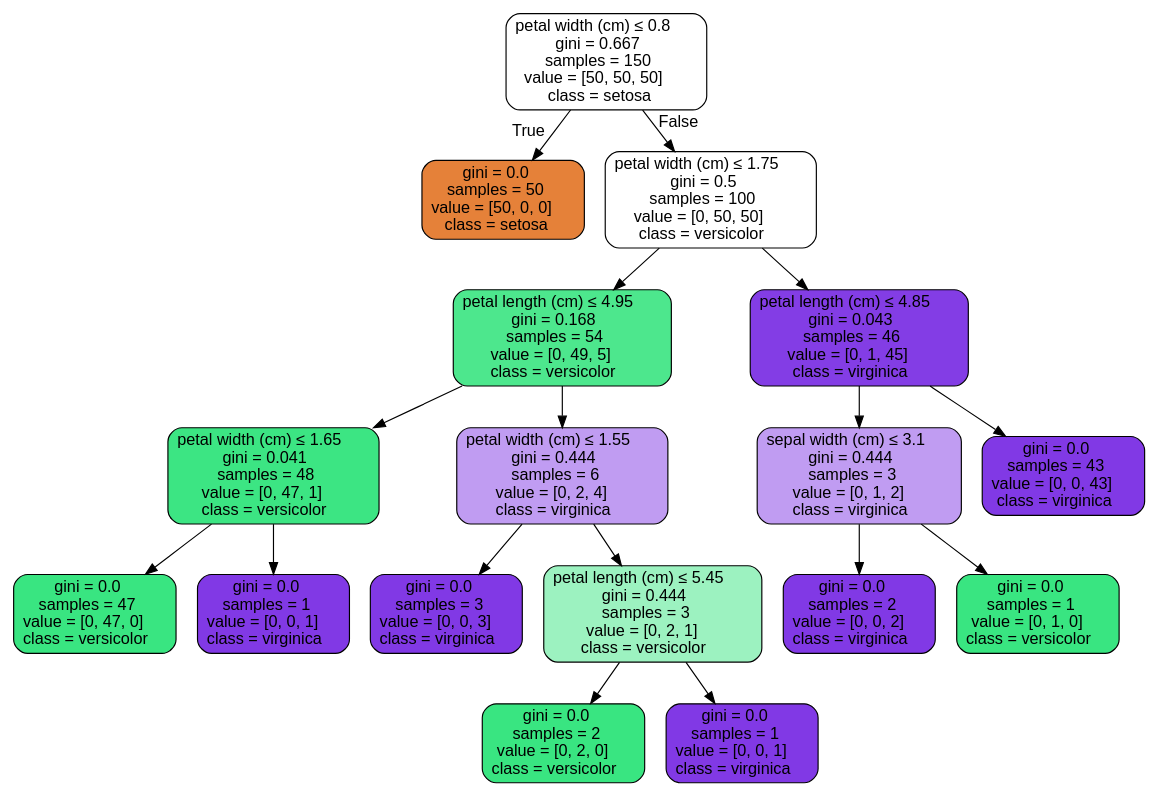
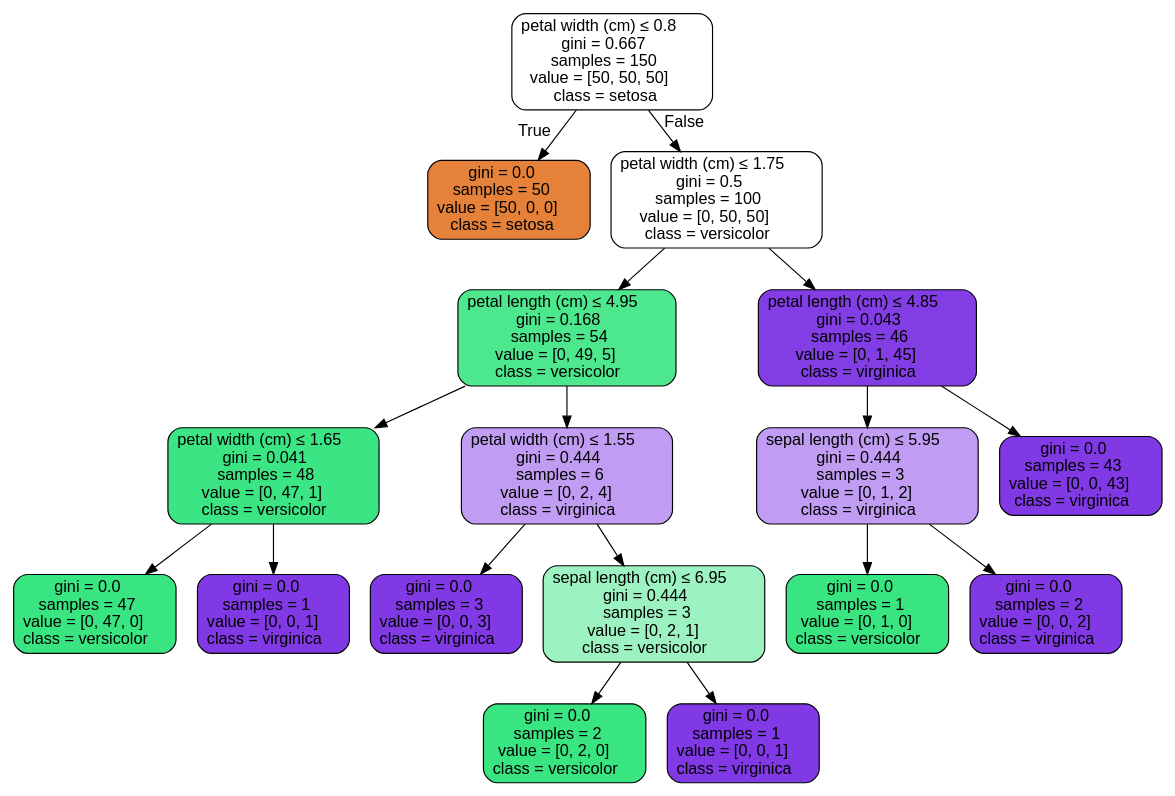
Before and after one commit to HishamLY/tucilAI: the diagram in Source.gv, drawn with Graphviz. The commit also changed 3 other files, not shown here.

```diff
--- a/Source.gv
+++ b/Source.gv
@@ -1,37 +1,37 @@
 digraph Tree {
 node [shape=box, style="filled, rounded", color="black", fontname=helvetica] ;
 edge [fontname=helvetica] ;
 0 [label=<petal width (cm) &le; 0.8<br/>gini = 0.667<br/>samples = 150<br/>value = [50, 50, 50]<br/>class = setosa>, fillcolor="#e5813900"] ;
 1 [label=<gini = 0.0<br/>samples = 50<br/>value = [50, 0, 0]<br/>class = setosa>, fillcolor="#e58139ff"] ;
 0 -> 1 [labeldistance=2.5, labelangle=45, headlabel="True"] ;
 2 [label=<petal width (cm) &le; 1.75<br/>gini = 0.5<br/>samples = 100<br/>value = [0, 50, 50]<br/>class = versicolor>, fillcolor="#39e58100"] ;
 0 -> 2 [labeldistance=2.5, labelangle=-45, headlabel="False"] ;
 3 [label=<petal length (cm) &le; 4.95<br/>gini = 0.168<br/>samples = 54<br/>value = [0, 49, 5]<br/>class = versicolor>, fillcolor="#39e581e5"] ;
 2 -> 3 ;
 4 [label=<petal width (cm) &le; 1.65<br/>gini = 0.041<br/>samples = 48<br/>value = [0, 47, 1]<br/>class = versicolor>, fillcolor="#39e581fa"] ;
 3 -> 4 ;
 5 [label=<gini = 0.0<br/>samples = 47<br/>value = [0, 47, 0]<br/>class = versicolor>, fillcolor="#39e581ff"] ;
 4 -> 5 ;
 6 [label=<gini = 0.0<br/>samples = 1<br/>value = [0, 0, 1]<br/>class = virginica>, fillcolor="#8139e5ff"] ;
 4 -> 6 ;
 7 [label=<petal width (cm) &le; 1.55<br/>gini = 0.444<br/>samples = 6<br/>value = [0, 2, 4]<br/>class = virginica>, fillcolor="#8139e57f"] ;
 3 -> 7 ;
 8 [label=<gini = 0.0<br/>samples = 3<br/>value = [0, 0, 3]<br/>class = virginica>, fillcolor="#8139e5ff"] ;
 7 -> 8 ;
-9 [label=<petal length (cm) &le; 5.45<br/>gini = 0.444<br/>samples = 3<br/>value = [0, 2, 1]<br/>class = versicolor>, fillcolor="#39e5817f"] ;
+9 [label=<sepal length (cm) &le; 6.95<br/>gini = 0.444<br/>samples = 3<br/>value = [0, 2, 1]<br/>class = versicolor>, fillcolor="#39e5817f"] ;
 7 -> 9 ;
 10 [label=<gini = 0.0<br/>samples = 2<br/>value = [0, 2, 0]<br/>class = versicolor>, fillcolor="#39e581ff"] ;
 9 -> 10 ;
 11 [label=<gini = 0.0<br/>samples = 1<br/>value = [0, 0, 1]<br/>class = virginica>, fillcolor="#8139e5ff"] ;
 9 -> 11 ;
 12 [label=<petal length (cm) &le; 4.85<br/>gini = 0.043<br/>samples = 46<br/>value = [0, 1, 45]<br/>class = virginica>, fillcolor="#8139e5f9"] ;
 2 -> 12 ;
-13 [label=<sepal width (cm) &le; 3.1<br/>gini = 0.444<br/>samples = 3<br/>value = [0, 1, 2]<br/>class = virginica>, fillcolor="#8139e57f"] ;
+13 [label=<sepal length (cm) &le; 5.95<br/>gini = 0.444<br/>samples = 3<br/>value = [0, 1, 2]<br/>class = virginica>, fillcolor="#8139e57f"] ;
 12 -> 13 ;
-14 [label=<gini = 0.0<br/>samples = 2<br/>value = [0, 0, 2]<br/>class = virginica>, fillcolor="#8139e5ff"] ;
+14 [label=<gini = 0.0<br/>samples = 1<br/>value = [0, 1, 0]<br/>class = versicolor>, fillcolor="#39e581ff"] ;
 13 -> 14 ;
-15 [label=<gini = 0.0<br/>samples = 1<br/>value = [0, 1, 0]<br/>class = versicolor>, fillcolor="#39e581ff"] ;
+15 [label=<gini = 0.0<br/>samples = 2<br/>value = [0, 0, 2]<br/>class = virginica>, fillcolor="#8139e5ff"] ;
 13 -> 15 ;
 16 [label=<gini = 0.0<br/>samples = 43<br/>value = [0, 0, 43]<br/>class = virginica>, fillcolor="#8139e5ff"] ;
 12 -> 16 ;
 }
```
